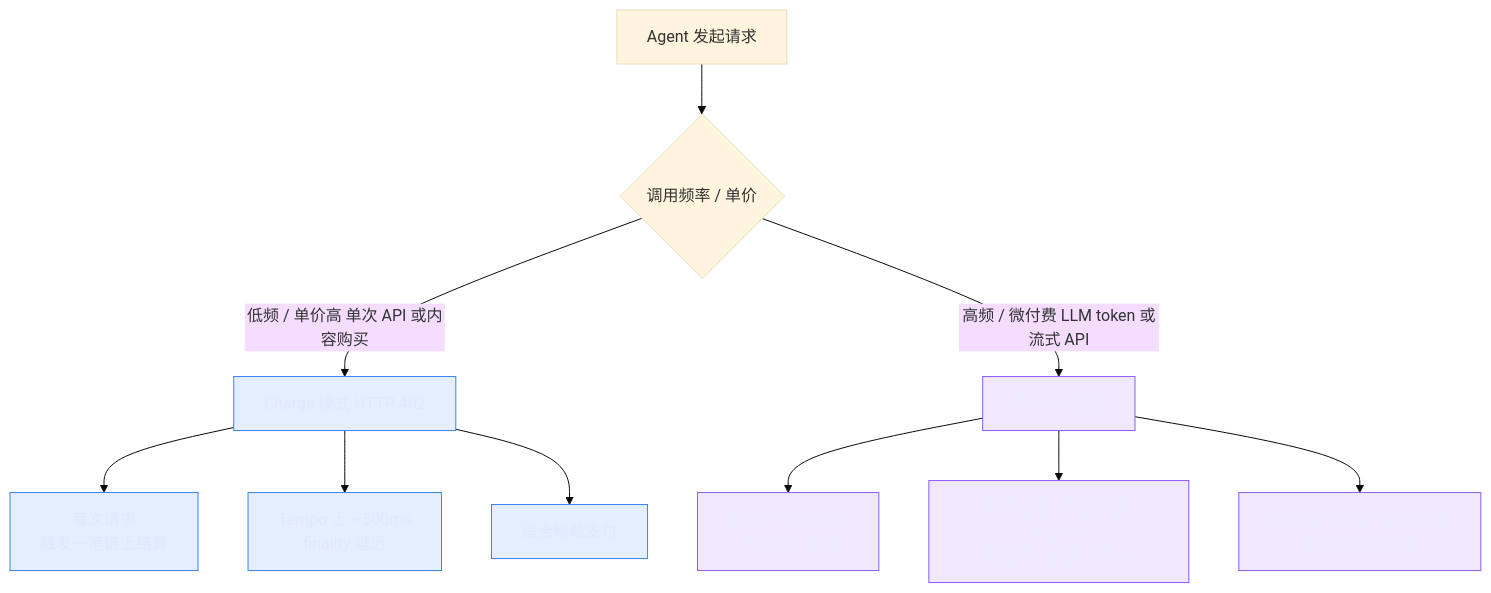
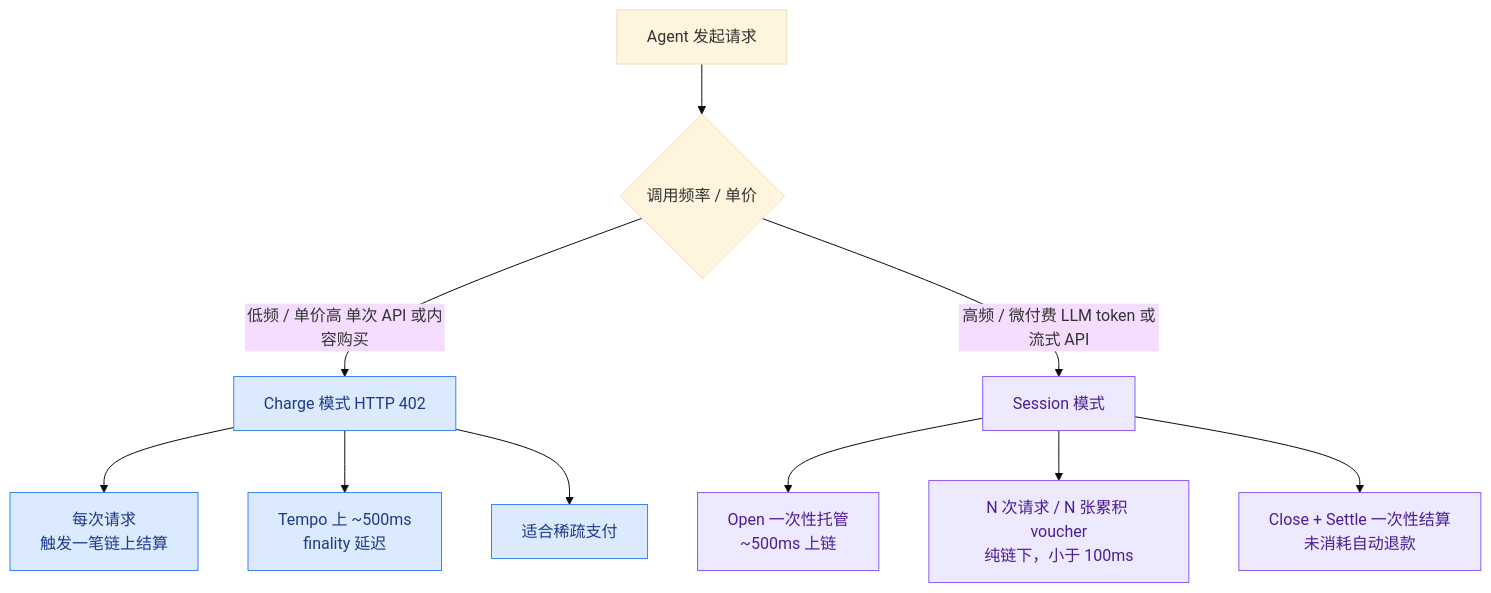
Before and after one commit to shawhanken/refs: the first of 11 diagrams in runner/2026-04-28_MPP_Session_Research.md, drawn with Mermaid (base theme). The commit also changed other lines of this file, not shown here.

First line of the commit message:
docs: update flowchart and sequence diagram colors for improved clarity

````diff
--- a/runner/2026-04-28_MPP_Session_Research.md
+++ b/runner/2026-04-28_MPP_Session_Research.md
@@ -66,19 +66,19 @@
 ```mermaid
 flowchart TD
     A["Agent 发起请求"] --> B{"调用频率 / 单价"}
     B -- "低频 / 单价高 单次 API 或内容购买" --> C["Charge 模式 HTTP 402"]
     B -- "高频 / 微付费 LLM token 或流式 API" --> D["Session 模式"]
 
     C --> C1["每次请求<br/>触发一笔链上结算"]
     C --> C2["Tempo 上 ~500ms<br/>finality 延迟"]
     C --> C3["适合稀疏支付"]
 
     D --> D1["Open 一次性托管<br/>~500ms 上链"]
     D --> D2["N 次请求 / N 张累积 voucher<br/>纯链下，小于 100ms"]
     D --> D3["Close + Settle 一次性结算<br/>未消耗自动退款"]
 
-    classDef charge fill:#3b82f622,stroke:#3b82f6,color:#dbeafe
-    classDef session fill:#8b5cf622,stroke:#8b5cf6,color:#ede9fe
+    classDef charge fill:#dbeafe,stroke:#3b82f6,color:#1e3a8a
+    classDef session fill:#ede9fe,stroke:#8b5cf6,color:#4c1d95
     class C,C1,C2,C3 charge
     class D,D1,D2,D3 session
 ```
````
